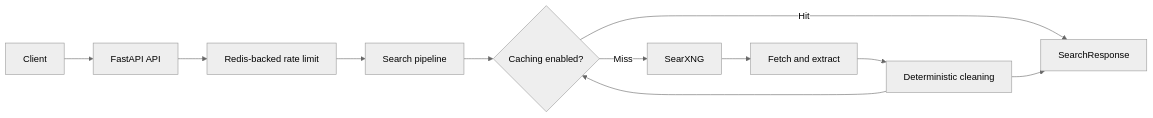
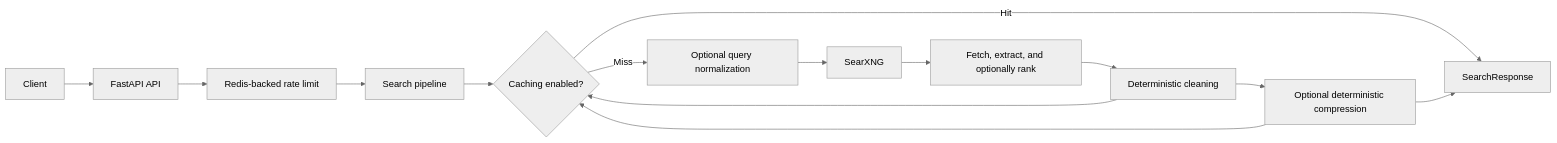
Before and after one commit to RHarish1/quarry: the diagram in README.md, drawn with Mermaid (neutral theme). The commit also changed other lines of this file and 12 other files, not shown here.

Commit message:
feat: add timed deterministic compression

````diff
--- a/README.md
+++ b/README.md
@@ -11,13 +11,16 @@
 ```mermaid
 flowchart LR
   Client[Client] --> API[FastAPI API]
   API --> Limit[Redis-backed rate limit]
   Limit --> Pipeline[Search pipeline]
   Pipeline --> Cache{Caching enabled?}
   Cache -->|Hit| Response[SearchResponse]
-  Cache -->|Miss| Search[SearXNG]
-  Search --> Crawl[Fetch and extract]
+  Cache -->|Miss| Normalize[Optional query normalization]
+  Normalize --> Search[SearXNG]
+  Search --> Crawl[Fetch, extract, and optionally rank]
   Crawl --> Clean[Deterministic cleaning]
+  Clean --> Compress[Optional deterministic compression]
   Clean --> Cache
-  Clean --> Response
+  Compress --> Cache
+  Compress --> Response
 ```
````
